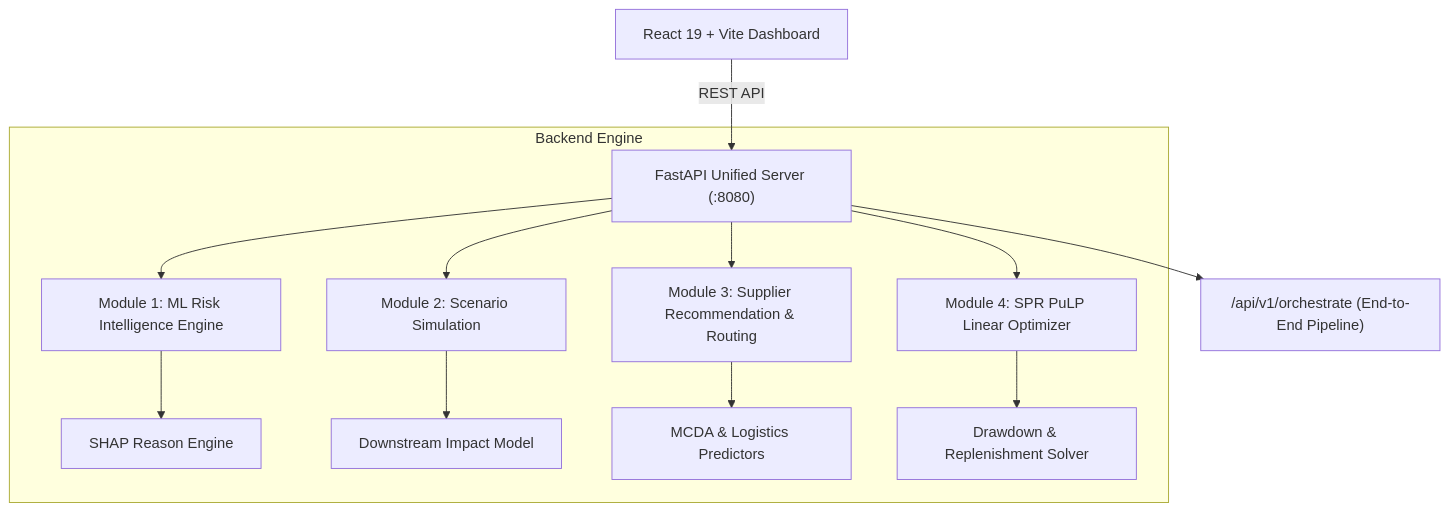
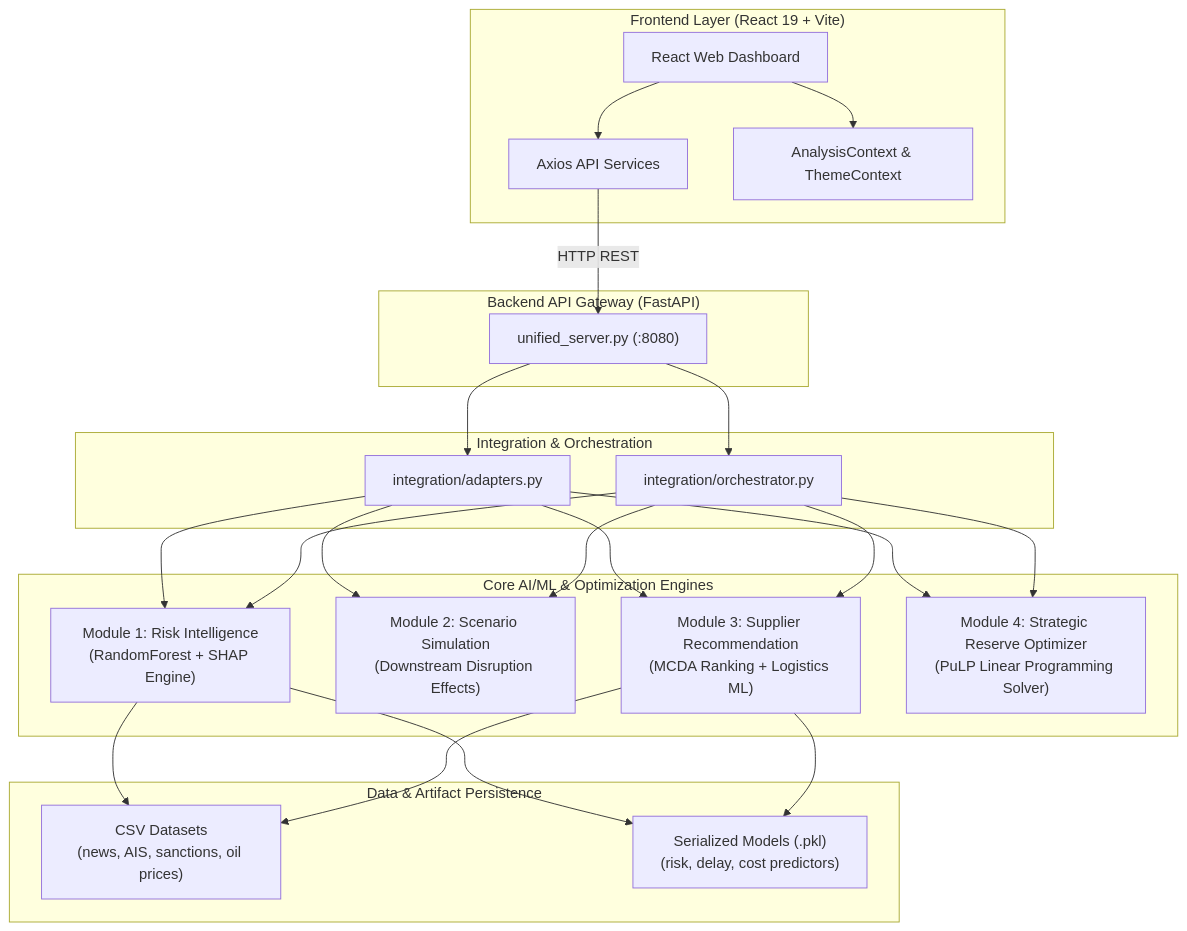
The diagram in README.md (Pratik8035/HackthonProject), drawn with Mermaid before and after one commit. The commit also changed other lines of this file and 2 other files, not shown here.

````diff
--- a/README.md
+++ b/README.md
@@ -82,18 +85,50 @@
 ```mermaid
 graph TD
-    A["React 19 + Vite Dashboard"] -->|REST API| B["FastAPI Unified Server (:8080)"]
+    subgraph "Frontend Layer (React 19 + Vite)"
+        UI["React Web Dashboard"]
+        Service["Axios API Services"]
+        Context["AnalysisContext & ThemeContext"]
+        UI --> Service
+        UI --> Context
+    end
+
+    subgraph "Backend API Gateway (FastAPI)"
+        API["unified_server.py (:8080)"]
+    end
+
+    subgraph "Integration & Orchestration"
+        Orchestrator["integration/orchestrator.py"]
+        Adapters["integration/adapters.py"]
+    end
+
+    subgraph "Core AI/ML & Optimization Engines"
+        M1["Module 1: Risk Intelligence<br/>(RandomForest + SHAP Engine)"]
+        M2["Module 2: Scenario Simulation<br/>(Downstream Disruption Effects)"]
+        M3["Module 3: Supplier Recommendation<br/>(MCDA Ranking + Logistics ML)"]
+        M4["Module 4: Strategic Reserve Optimizer<br/>(PuLP Linear Programming Solver)"]
+    end
+
+    subgraph "Data & Artifact Persistence"
+        Data["CSV Datasets<br/>(news, AIS, sanctions, oil prices)"]
+        Models["Serialized Models (.pkl)<br/>(risk, delay, cost predictors)"]
+    end
+
+    Service -->|HTTP REST| API
+    API --> Adapters
+    API --> Orchestrator
     
-    subgraph "Backend Engine"
-        B --> C["Module 1: ML Risk Intelligence Engine"]
-        B --> D["Module 2: Scenario Simulation"]
-        B --> E["Module 3: Supplier Recommendation & Routing"]
-        B --> F["Module 4: SPR PuLP Linear Optimizer"]
-        
-        C --> G["SHAP Reason Engine"]
-        D --> H["Downstream Impact Model"]
-        E --> I["MCDA & Logistics Predictors"]
-        F --> J["Drawdown & Replenishment Solver"]
-    end
+    Adapters --> M1
+    Adapters --> M2
+    Adapters --> M3
+    Adapters --> M4
     
-    B --> K["/api/v1/orchestrate (End-to-End Pipeline)"]
+    Orchestrator --> M1
+    Orchestrator --> M2
+    Orchestrator --> M3
+    Orchestrator --> M4
+    
+    M1 --> Data
+    M1 --> Models
+    M3 --> Data
+    M3 --> Models
 ```
````
